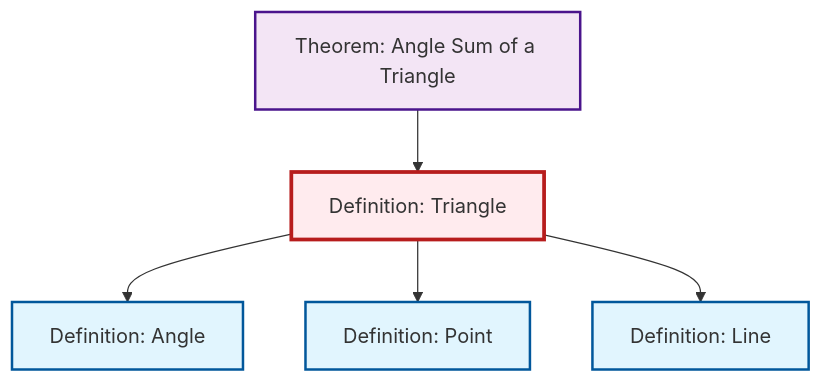
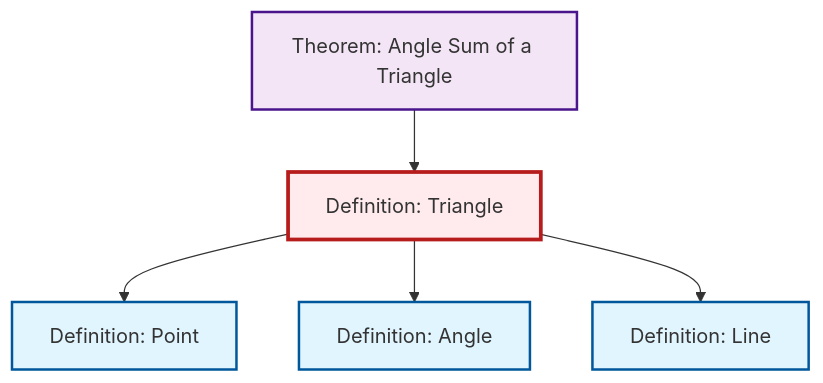
Before and after one commit to RK0429/ModernMath: the diagram in content/en/geometry/def-triangle.qmd, drawn with Mermaid. The commit also changed other lines of this file and 1069 other files, not shown here.

````diff
--- a/content/en/geometry/def-triangle.qmd
+++ b/content/en/geometry/def-triangle.qmd
@@ -59,23 +59,23 @@
 ```{mermaid}
 %%| fig-cap: "Local dependency graph"
 graph TD
     classDef definition fill:#e1f5fe,stroke:#01579b,stroke-width:2px
     classDef theorem fill:#f3e5f5,stroke:#4a148c,stroke-width:2px
     classDef axiom fill:#fff3e0,stroke:#e65100,stroke-width:2px
     classDef example fill:#e8f5e9,stroke:#1b5e20,stroke-width:2px
     classDef current fill:#ffebee,stroke:#b71c1c,stroke-width:3px
     def-line["Definition: Line"]:::definition
+    def-triangle["Definition: Triangle"]:::definition
     def-point["Definition: Point"]:::definition
-    def-triangle["Definition: Triangle"]:::definition
+    def-angle["Definition: Angle"]:::definition
     thm-angle-sum-triangle["Theorem: Angle Sum of a Triangle"]:::theorem
-    def-angle["Definition: Angle"]:::definition
+    thm-angle-sum-triangle --> def-triangle
+    def-triangle --> def-point
     def-triangle --> def-angle
-    def-triangle --> def-point
     def-triangle --> def-line
-    thm-angle-sum-triangle --> def-triangle
     class def-triangle current
     click def-line "def-line.html" "Go to Line definition"
     click def-point "def-point.html" "Go to Point definition"
+    click def-angle "def-angle.html" "Go to Angle definition"
     click thm-angle-sum-triangle "thm-angle-sum-triangle.html" "Go to Angle Sum of a Triangle theorem"
-    click def-angle "def-angle.html" "Go to Angle definition"
 ```
````
